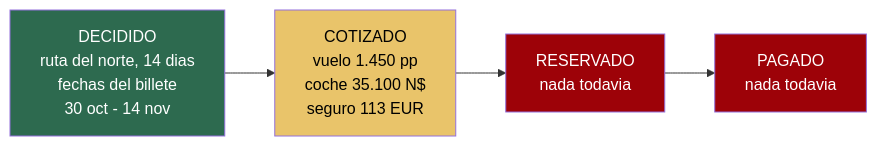
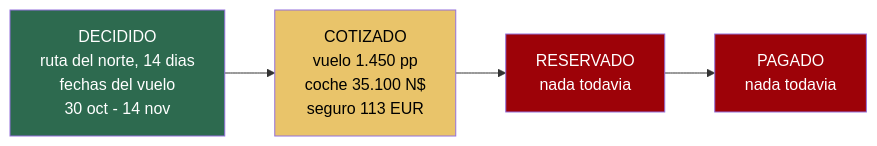
The first of 6 diagrams in README.md (morandeirachema/namibia), drawn with Mermaid before and after one commit. The commit also changed other lines of this file and 2 other files, not shown here.

Commit message:
El vuelo esta cotizado, no comprado: fuera la palabra «billete» donde daba a entender que ya existe

````diff
--- a/README.md
+++ b/README.md
@@ -35,10 +35,10 @@
 ```mermaid
 flowchart LR
-    D["DECIDIDO<br/>ruta del norte, 14 dias<br/>fechas del billete<br/>30 oct - 14 nov"] --> C["COTIZADO<br/>vuelo 1.450 pp<br/>coche 35.100 N$<br/>seguro 113 EUR"]
+    D["DECIDIDO<br/>ruta del norte, 14 dias<br/>fechas del vuelo<br/>30 oct - 14 nov"] --> C["COTIZADO<br/>vuelo 1.450 pp<br/>coche 35.100 N$<br/>seguro 113 EUR"]
     C --> R["RESERVADO<br/>nada todavia"]
     R --> P["PAGADO<br/>nada todavia"]
     style D fill:#2d6a4f,color:#fff
     style C fill:#e9c46a,color:#000
     style R fill:#9d0208,color:#fff
     style P fill:#9d0208,color:#fff
 ```
````
